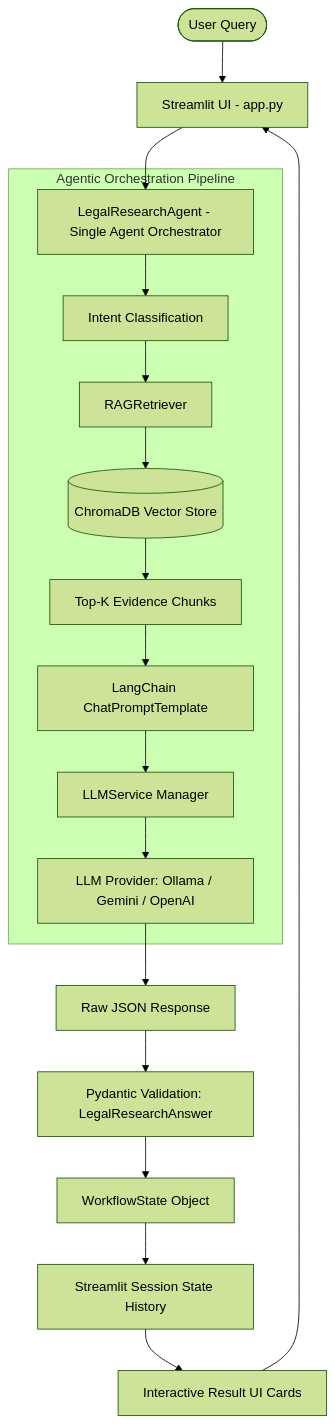
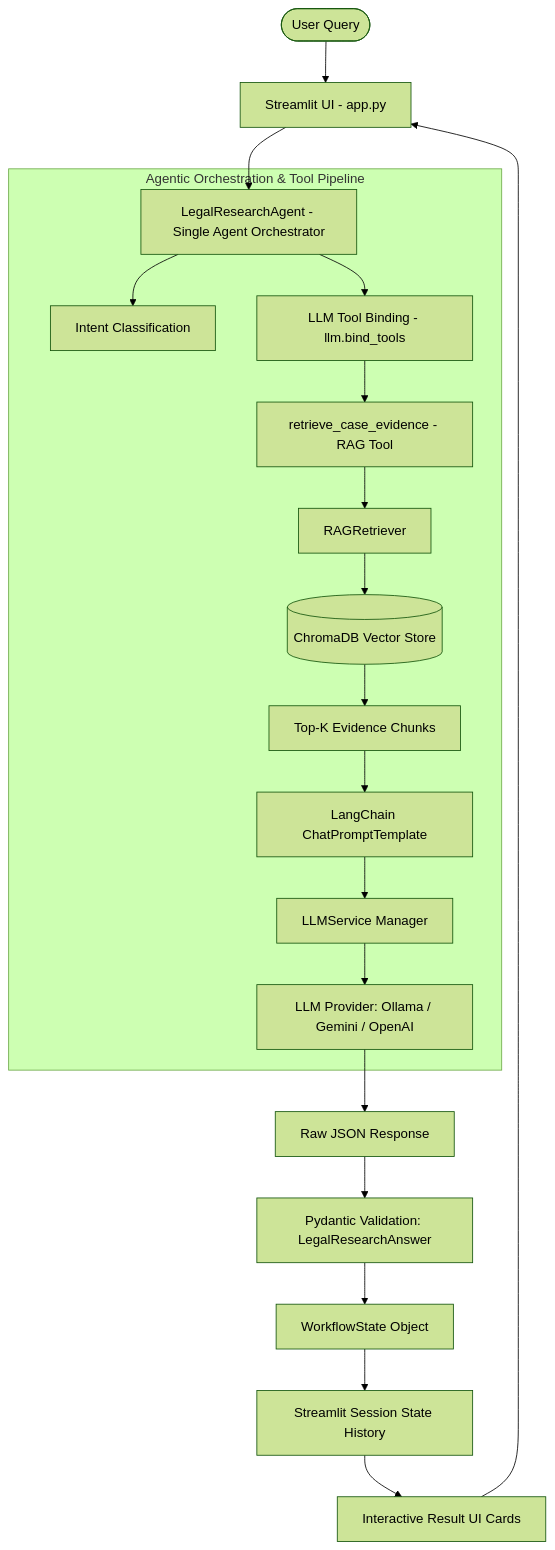
Before and after one commit to SathOps/Crime-Scene-Investigation-RAG: the second of 2 diagrams in README.md, drawn with Mermaid (forest theme). The commit also changed other lines of this file, not shown here.

Commit message:
docs: update architecture diagrams in README to explicitly show RAG Tool execution

````diff
--- a/README.md
+++ b/README.md
@@ -293,22 +306,24 @@
 ```mermaid
 flowchart TD
     User([User Query]) --> UI[Streamlit UI - app.py]
     UI --> Agent[LegalResearchAgent - Single Agent Orchestrator]
     
-    subgraph Agentic Orchestration Pipeline
+    subgraph Agentic Orchestration & Tool Pipeline
         Agent --> Intent[Intent Classification]
-        Intent --> Ret[RAGRetriever]
+        Agent --> Tools[LLM Tool Binding - llm.bind_tools]
+        Tools --> RAGTool[retrieve_case_evidence - RAG Tool]
+        RAGTool --> Ret[RAGRetriever]
         Ret --> VectorStore[(ChromaDB Vector Store)]
         VectorStore --> Chunks[Top-K Evidence Chunks]
         Chunks --> Prompt[LangChain ChatPromptTemplate]
         Prompt --> LLMService[LLMService Manager]
         LLMService --> LLM[LLM Provider: Ollama / Gemini / OpenAI]
     end
 
     LLM --> JSON[Raw JSON Response]
     JSON --> Pydantic[Pydantic Validation: LegalResearchAnswer]
     Pydantic --> State[WorkflowState Object]
     State --> Session[Streamlit Session State History]
     Session --> Card[Interactive Result UI Cards]
     Card --> UI
 ```
````
